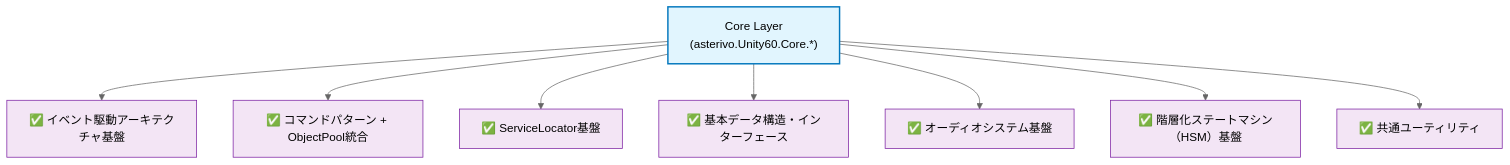
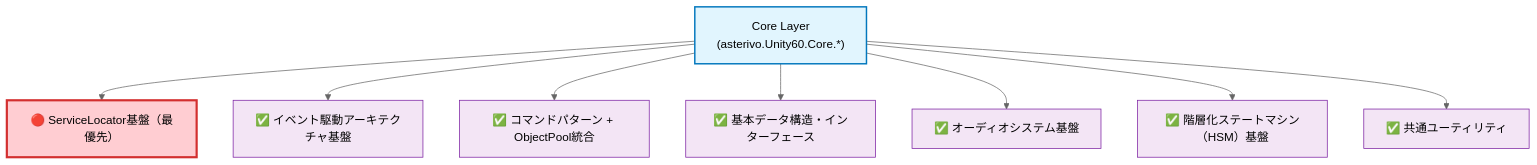
The first of 7 diagrams in DESIGN.md (u-satoru/URP3D_Base01), drawn with Mermaid (neutral theme) before and after one commit. The commit also changed other lines of this file and 5 other files, not shown here.

````diff
--- a/DESIGN.md
+++ b/DESIGN.md
@@ -41,16 +42,18 @@
 ```mermaid
 flowchart TD
-    A["Core Layer<br/>(asterivo.Unity60.Core.*)"] --> B["✅ イベント駆動アーキテクチャ基盤"]
-    A --> C["✅ コマンドパターン + ObjectPool統合"]
-    A --> D["✅ ServiceLocator基盤"]
+    A["Core Layer<br/>(asterivo.Unity60.Core.*)"] --> B["🔴 ServiceLocator基盤（最優先）"]
+    A --> C["✅ イベント駆動アーキテクチャ基盤"]
+    A --> D["✅ コマンドパターン + ObjectPool統合"]
     A --> E["✅ 基本データ構造・インターフェース"]
     A --> F["✅ オーディオシステム基盤"]
     A --> G["✅ 階層化ステートマシン（HSM）基盤"]
     A --> H["✅ 共通ユーティリティ"]
 
     classDef coreLayer fill:#e1f5fe,stroke:#0277bd,stroke-width:2px,color:#000
+    classDef priority fill:#ffcdd2,stroke:#d32f2f,stroke-width:3px,color:#000
     classDef coreFeature fill:#f3e5f5,stroke:#7b1fa2,stroke-width:1px,color:#000
 
     class A coreLayer
-    class B,C,D,E,F,G,H coreFeature
+    class B priority
+    class C,D,E,F,G,H coreFeature
 ```
````
